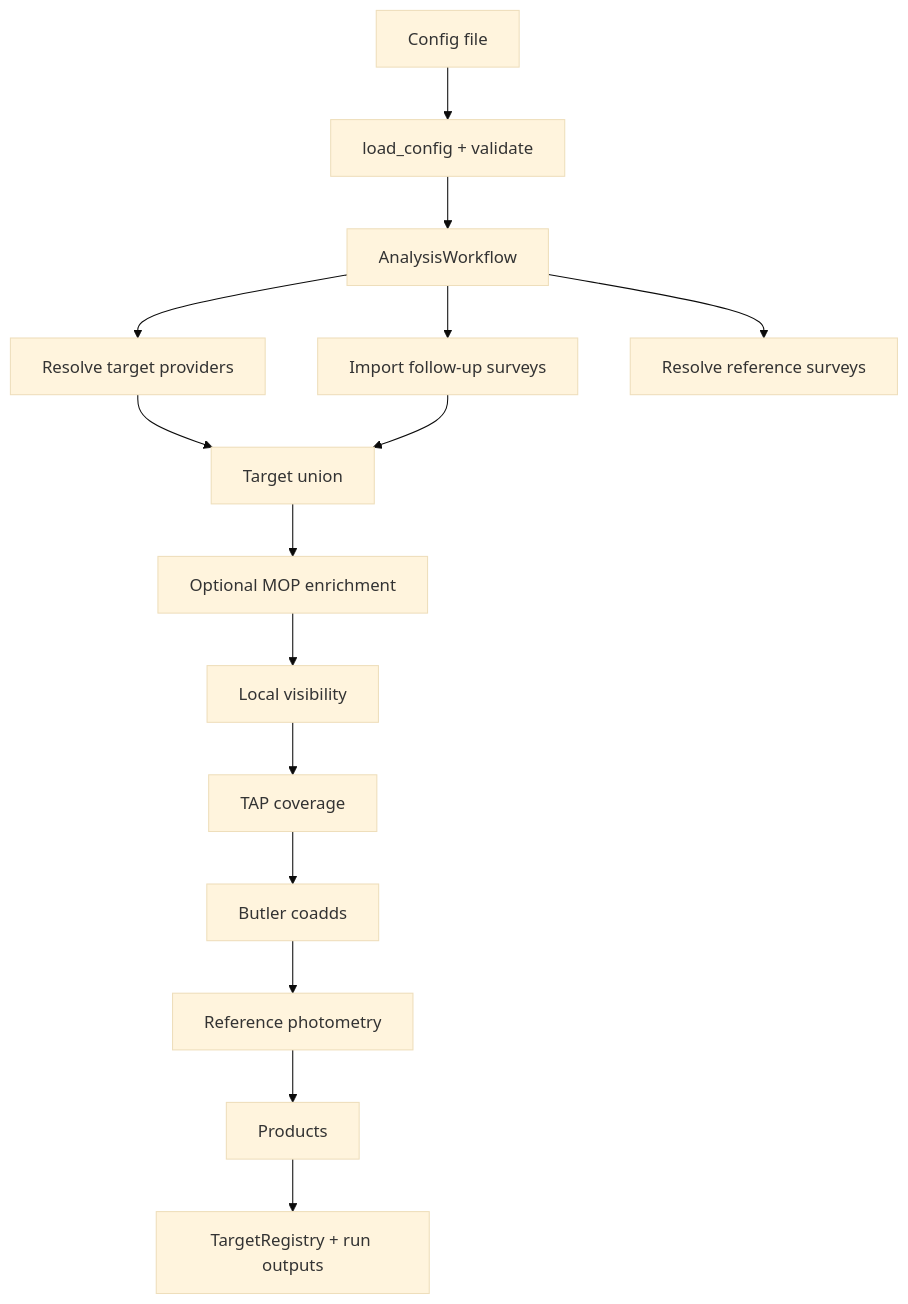
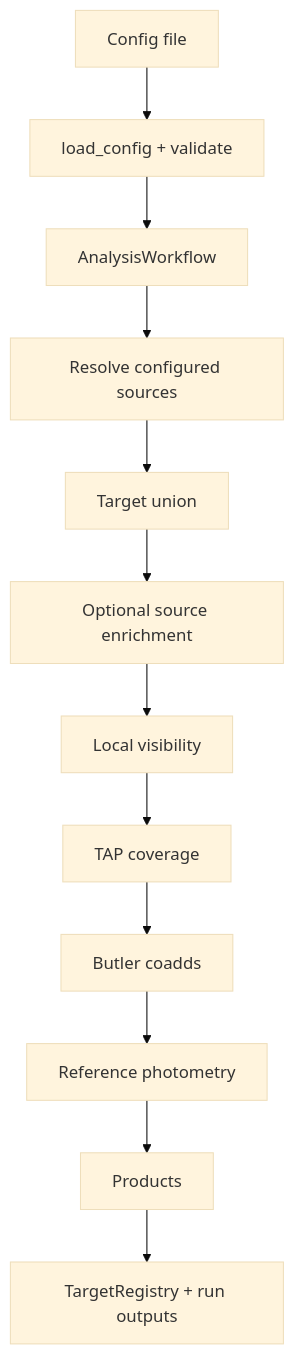
Before and after one commit to nowokaren/target_selection: the first of 4 diagrams in docs/architecture_restructure_proposal.md, drawn with Mermaid (base theme). The commit also changed other lines of this file and 2 other files, not shown here.

Commit message:
Refine architecture proposal source model

````diff
--- a/docs/architecture_restructure_proposal.md
+++ b/docs/architecture_restructure_proposal.md
@@ -25,17 +25,14 @@
 ```mermaid
 flowchart TD
     A[Config file] --> B[load_config + validate]
     B --> C[AnalysisWorkflow]
-    C --> D[Resolve target providers]
-    C --> E[Import follow-up surveys]
-    C --> F[Resolve reference surveys]
-    D --> G[Target union]
-    E --> G
-    G --> H[Optional MOP enrichment]
-    H --> I[Local visibility]
-    I --> J[TAP coverage]
-    J --> K[Butler coadds]
-    K --> L[Reference photometry]
-    L --> M[Products]
-    M --> N[TargetRegistry + run outputs]
+    C --> D[Resolve configured sources]
+    D --> E[Target union]
+    E --> F[Optional source enrichment]
+    F --> G[Local visibility]
+    G --> H[TAP coverage]
+    H --> I[Butler coadds]
+    I --> J[Reference photometry]
+    J --> K[Products]
+    K --> L[TargetRegistry + run outputs]
 ```
````
